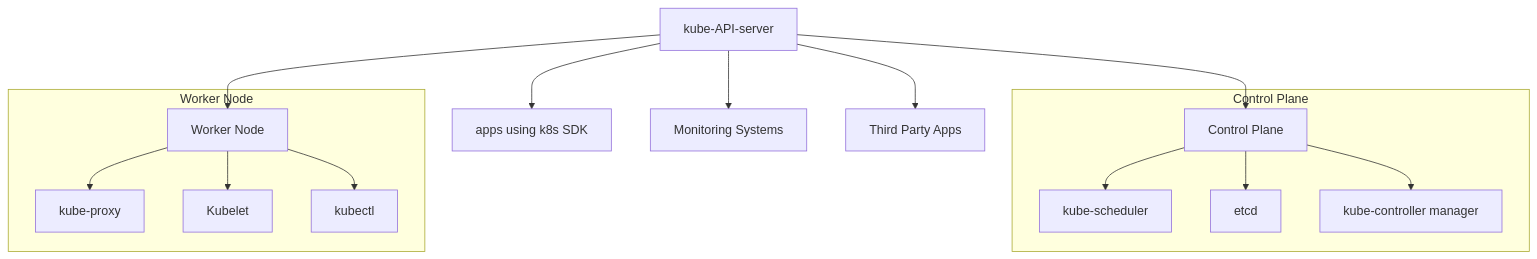
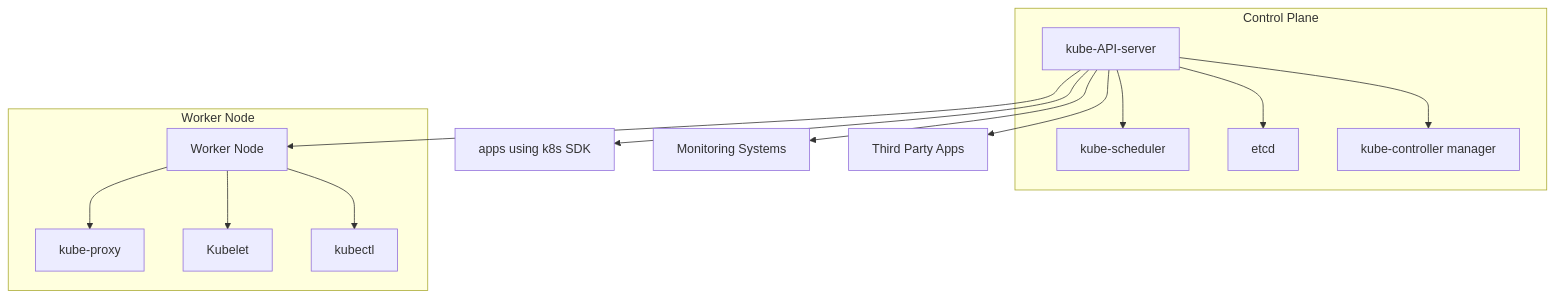
Before and after one commit to 007chiragshah/tucana: the first of 2 diagrams in Architecture_Overview.md, drawn with Mermaid.

````diff
--- a/Architecture_Overview.md
+++ b/Architecture_Overview.md
@@ -20,31 +20,30 @@
   ```mermaid 
   graph TD
-    A[kube-API-server] --> B[Control Plane]
-    B --> C[kube-scheduler]
-    B --> D[etcd]
-    B --> E[kube-controller manager]
+    subgraph "Control Plane"
+        A[kube-API-server]
+        B[kube-scheduler]
+        D[etcd]
+        E[kube-controller manager]
+    end
+
+    A --> B
+    A --> D
+    A --> E
 
     F[Worker Node] --> G[kube-proxy]
     F --> H[Kubelet]
     F --> I[kubectl]
 
     A --> F
     A --> J[apps using k8s SDK]
     A --> K[Monitoring Systems]
     A --> L[Third Party Apps]
     
-    subgraph "Control Plane"
-        B
-        C
-        D
-        E
-    end
-    
     subgraph "Worker Node"
         F
         G
         H
         I
     end
 
   ```
````
